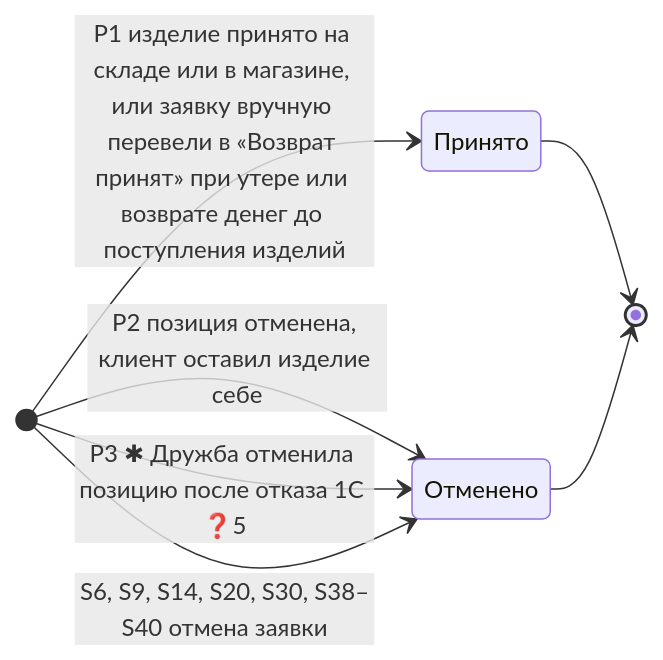
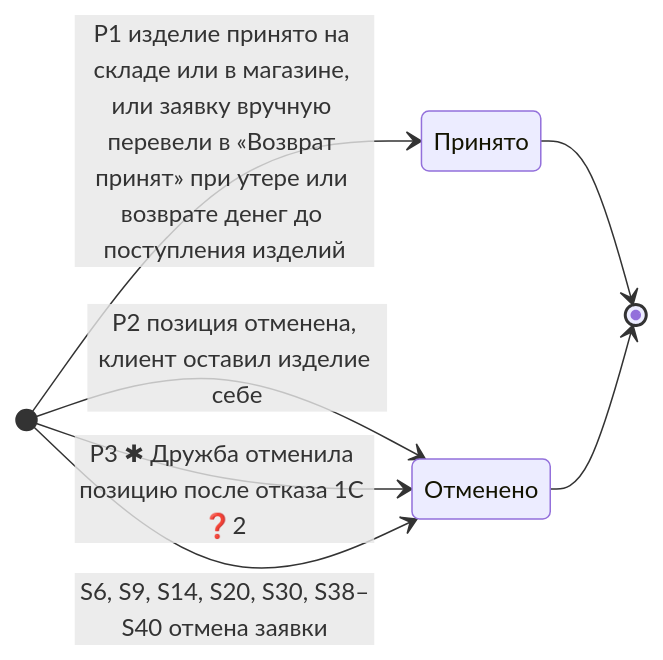
The second of 3 diagrams in projects/returns-2.0/requirements/diagrams/state/return-status-v4_state.md (Terinss155/opencode-agents-analysis), drawn with Mermaid before and after one commit. The commit also changed other lines of this file and 28 other files, not shown here.

````diff
--- a/projects/returns-2.0/requirements/diagrams/state/return-status-v4_state.md
+++ b/projects/returns-2.0/requirements/diagrams/state/return-status-v4_state.md
@@ -230,14 +229,14 @@
 ```mermaid
 stateDiagram-v2
     direction LR
 
     state "Принято" as AcceptedWh
     state "Отменено" as PosCancelled
 
     [*] --> AcceptedWh : P1 изделие принято на складе или в магазине, или заявку вручную перевели в «Возврат принят» при утере или возврате денег до поступления изделий
     [*] --> PosCancelled : P2 позиция отменена, клиент оставил изделие себе
-    [*] --> PosCancelled : P3 ✱ Дружба отменила позицию после отказа 1С ❓5
+    [*] --> PosCancelled : P3 ✱ Дружба отменила позицию после отказа 1С ❓2
     [*] --> PosCancelled : S6, S9, S14, S20, S30, S38–S40 отмена заявки
     AcceptedWh --> [*]
     PosCancelled --> [*]
 ```
````
